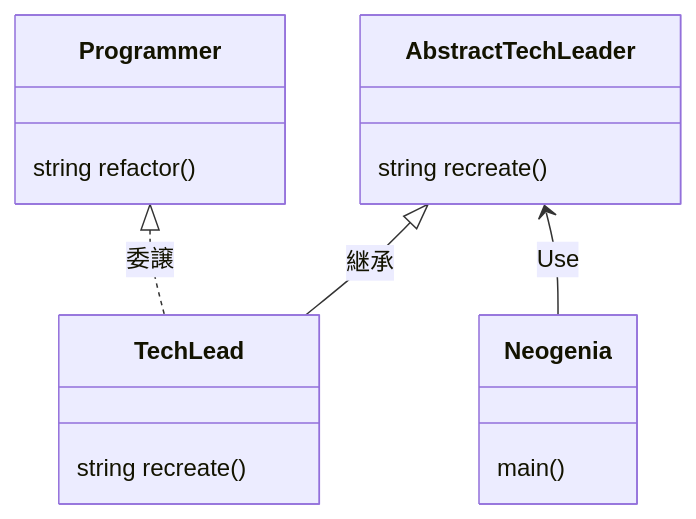
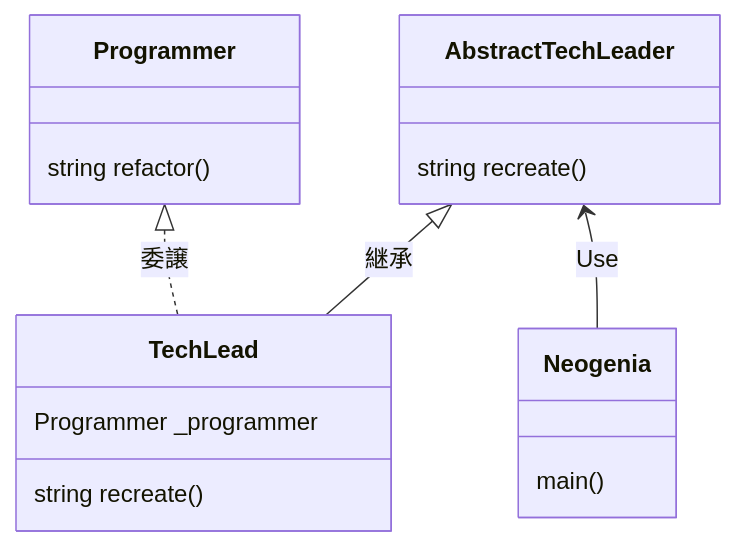
One commit to 0123takaokeita/design_patterns changed the first of 2 diagrams in adapter/class_diagram.md. Above: the diagram before and after it, drawn with Mermaid.

Commit message:
fix: class図の包含関係がぬけていたため修正

````diff
--- a/adapter/class_diagram.md
+++ b/adapter/class_diagram.md
@@ -10,22 +10,23 @@
 ```mermaid
 classDiagram
     AbstractTechLeader <|-- TechLead : 継承
     AbstractTechLeader <--  Neogenia : Use
     Programmer         <|.. TechLead : 委譲
 
     class AbstractTechLeader {
         string recreate()
     }
 
     class Neogenia {
         main()
     }
 
     class TechLead {
+        Programmer _programmer
         string recreate()
     }
 
     class Programmer{
         string refactor()
     }
 ```
````
